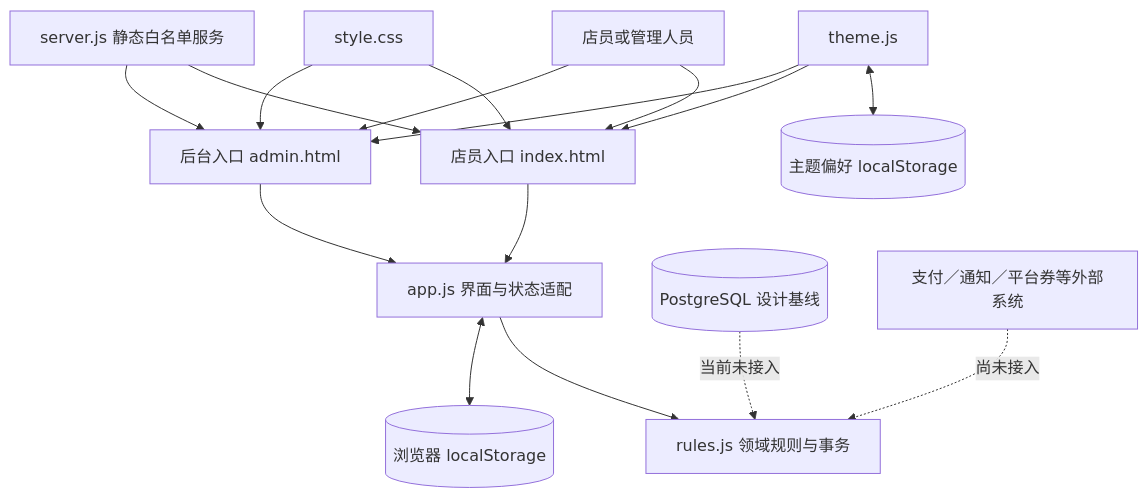
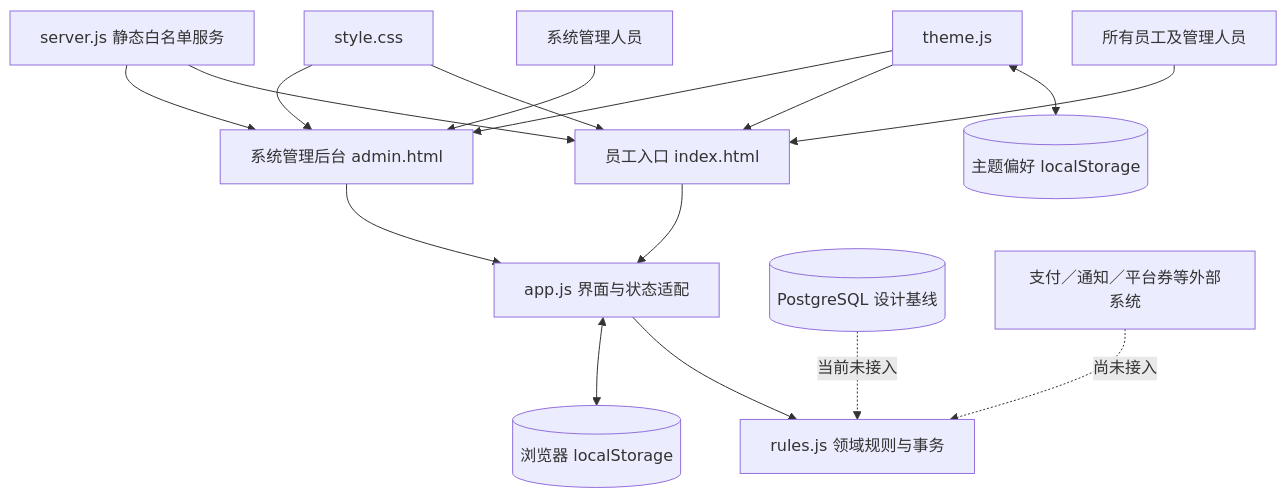
The diagram in docs/ARCHITECTURE.md (Richard-Zhuo/codex-KTV), drawn with Mermaid before and after one commit. The commit also changed other lines of this file and 11 other files, not shown here.

````diff
--- a/docs/ARCHITECTURE.md
+++ b/docs/ARCHITECTURE.md
@@ -7,18 +7,18 @@
 ```mermaid
 flowchart TD
-  U[店员或管理人员] --> S[店员入口 index.html]
-  U --> A[后台入口 admin.html]
+  U[所有员工及管理人员] --> S[员工入口 index.html]
+  M[系统管理人员] --> A[系统管理后台 admin.html]
   S --> UI[app.js 界面与状态适配]
   A --> UI
   UI --> R[rules.js 领域规则与事务]
   UI <--> L[(浏览器 localStorage)]
   T[theme.js] <--> P[(主题偏好 localStorage)]
   T --> S
   T --> A
   CSS[style.css] --> S
   CSS --> A
   H[server.js 静态白名单服务] --> S
   H --> A
   DB[(PostgreSQL 设计基线)] -. 当前未接入 .-> R
   EXT[支付／通知／平台券等外部系统] -. 尚未接入 .-> R
 ```
````
